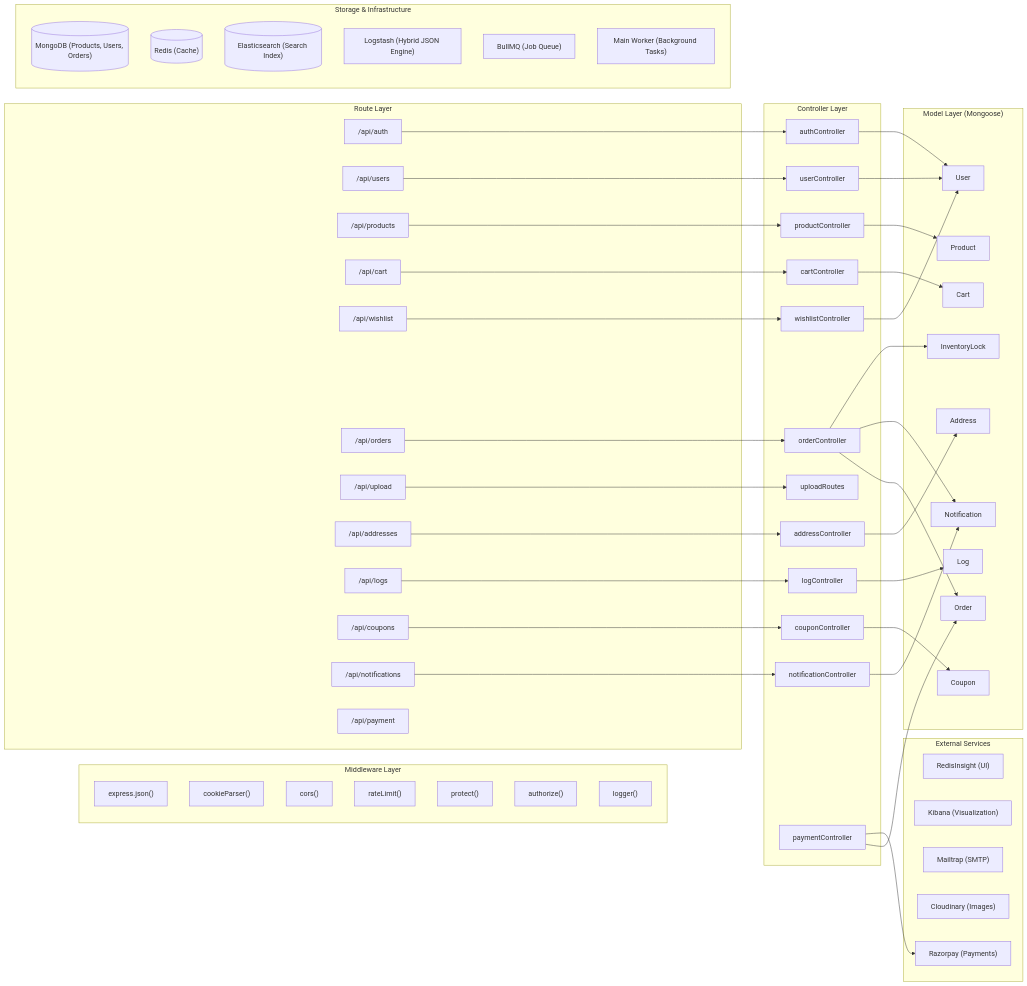
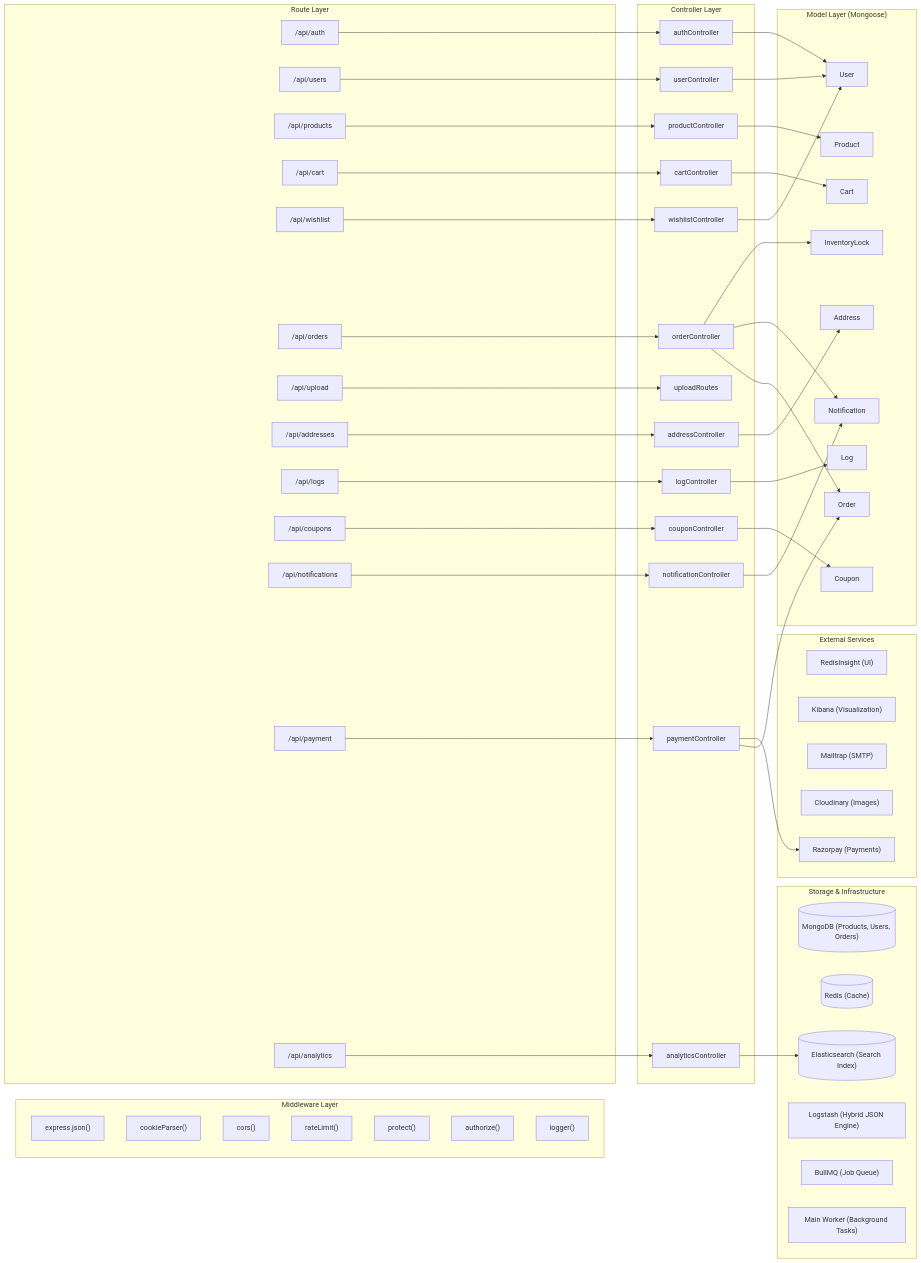
One commit to Narendrakaduru/QuickCart changed the second of 12 diagrams in architecture_diagrams.md. Above: the diagram before and after it, drawn with Mermaid. The commit also changed other lines of this file and 17 other files, not shown here.

````diff
--- a/architecture_diagrams.md
+++ b/architecture_diagrams.md
@@ -80,6 +80,7 @@
         R10["/api/coupons"]
         R11["/api/notifications"]
         R12["/api/payment"]
+        R13["/api/analytics"]
     end
 
     subgraph Controllers["Controller Layer"]
@@ -95,6 +96,7 @@
         C10["couponController"]
         C11["notificationController"]
         C12["paymentController"]
+        C13["analyticsController"]
     end
 
     subgraph Models["Model Layer (Mongoose)"]
@@ -137,6 +139,8 @@
     R9 --> C9
     R10 --> C10
     R11 --> C11
+    R12 --> C12
+    R13 --> C13
 
     C1 --> M1
     C2 --> M1
@@ -152,4 +156,5 @@
     C11 --> M8
     C12 --> M3
     C12 --> Razorpay
+    C13 --> Elasticsearch
 ```
````
